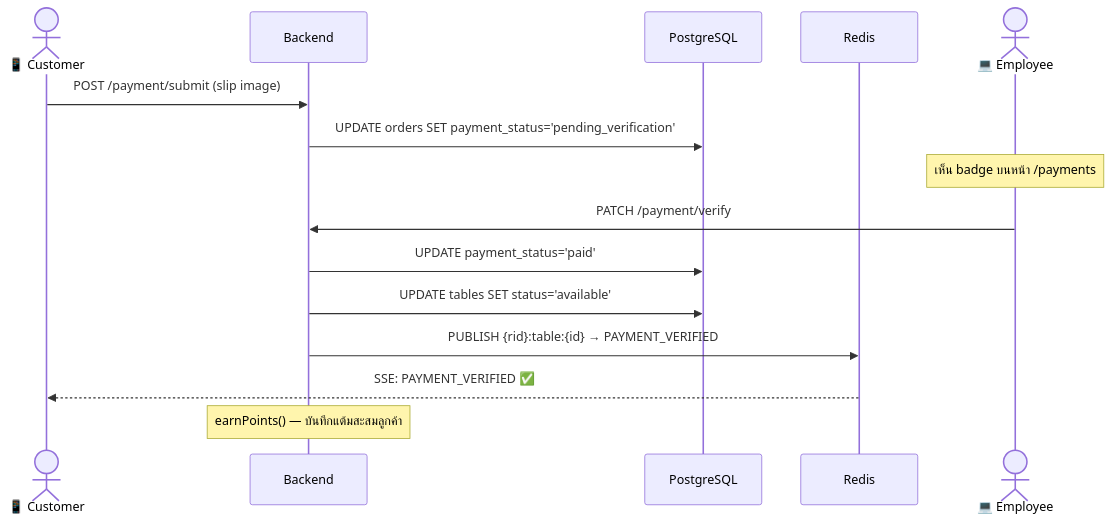
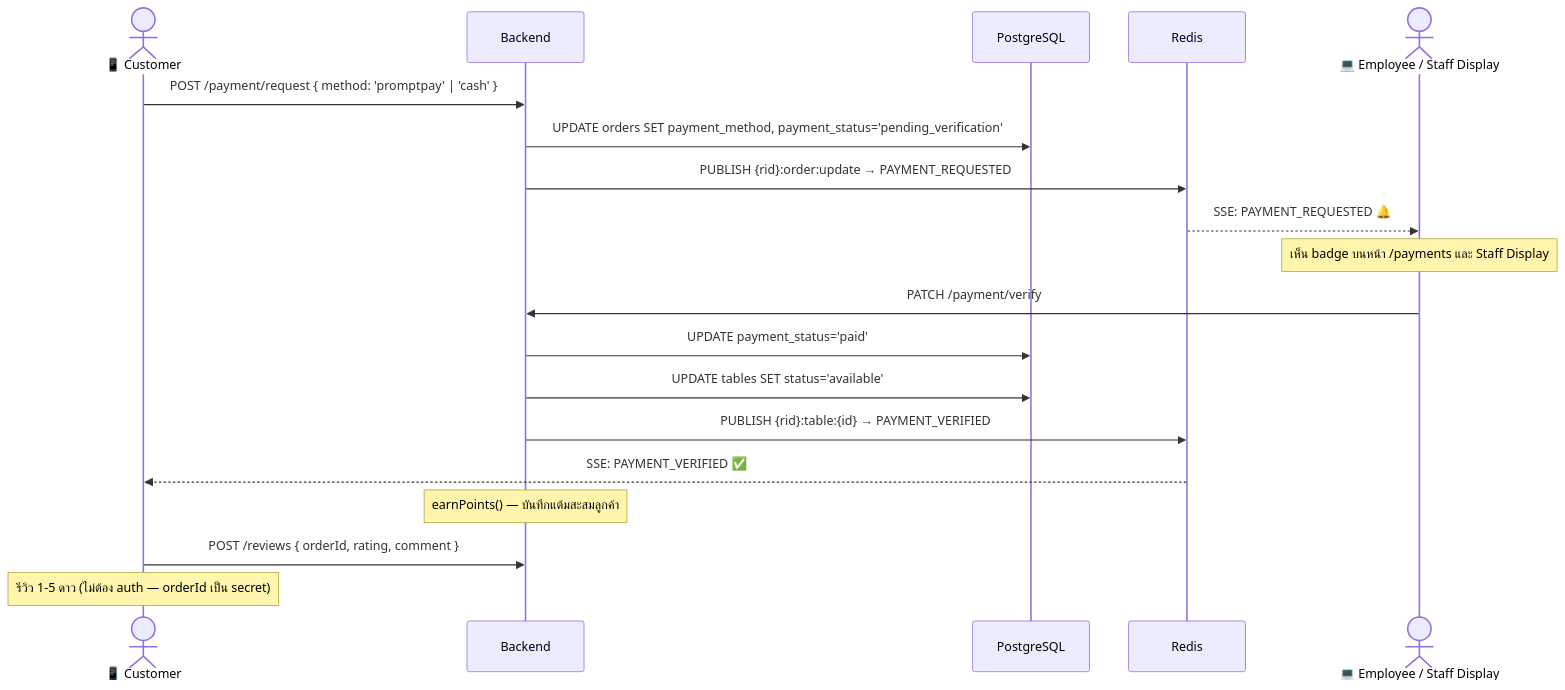
The fourth of 8 diagrams in docs/architecture.md (krittayoach/Restaurant), drawn with Mermaid before and after one commit. The commit also changed other lines of this file and 3 other files, not shown here.

Commit message:
docs: sync architecture, technical-patterns, nfr, design with v2.12

````diff
--- a/docs/architecture.md
+++ b/docs/architecture.md
@@ -126,21 +128,26 @@
 ```mermaid
 sequenceDiagram
     actor C as 📱 Customer
     participant API as Backend
     participant DB as PostgreSQL
     participant PUB as Redis
-    actor EMP as 💻 Employee
+    actor EMP as 💻 Employee / Staff Display
 
-    C->>API: POST /payment/submit (slip image)
-    API->>DB: UPDATE orders SET payment_status='pending_verification'
+    C->>API: POST /payment/request { method: 'promptpay' | 'cash' }
+    API->>DB: UPDATE orders SET payment_method, payment_status='pending_verification'
+    API->>PUB: PUBLISH {rid}:order:update → PAYMENT_REQUESTED
+    PUB-->>EMP: SSE: PAYMENT_REQUESTED 🔔
 
-    Note over EMP: เห็น badge บนหน้า /payments
+    Note over EMP: เห็น badge บนหน้า /payments และ Staff Display
 
     EMP->>API: PATCH /payment/verify
     API->>DB: UPDATE payment_status='paid'
     API->>DB: UPDATE tables SET status='available'
     API->>PUB: PUBLISH {rid}:table:{id} → PAYMENT_VERIFIED
     PUB-->>C: SSE: PAYMENT_VERIFIED ✅
 
     Note over API: earnPoints() — บันทึกแต้มสะสมลูกค้า
+
+    C->>API: POST /reviews { orderId, rating, comment }
+    Note over C: รีวิว 1-5 ดาว (ไม่ต้อง auth — orderId เป็น secret)
 ```
````
